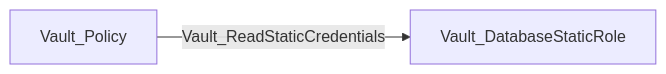
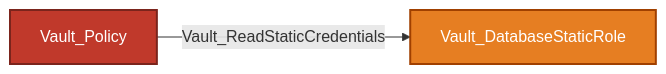
The ninth of 29 diagrams in Documentation/stores/MOUNTS.md (bytewreck/opengraph-vault), drawn with Mermaid before and after one commit. The commit also changed other lines of this file and 4 other files, not shown here.

````diff
--- a/Documentation/stores/MOUNTS.md
+++ b/Documentation/stores/MOUNTS.md
@@ -265,4 +297,7 @@
 ```mermaid
 flowchart LR
-    policy[Vault_Policy] -->|Vault_ReadStaticCredentials| role[Vault_DatabaseStaticRole]
+    policy[Vault_Policy]:::policyNode -->|Vault_ReadStaticCredentials| role[Vault_DatabaseStaticRole]:::secretObjectNode
+
+    classDef policyNode fill:#C0392B,color:#fff,stroke:#7B241C,stroke-width:2px
+    classDef secretObjectNode fill:#E67E22,color:#fff,stroke:#A04000,stroke-width:2px
 ```
````
